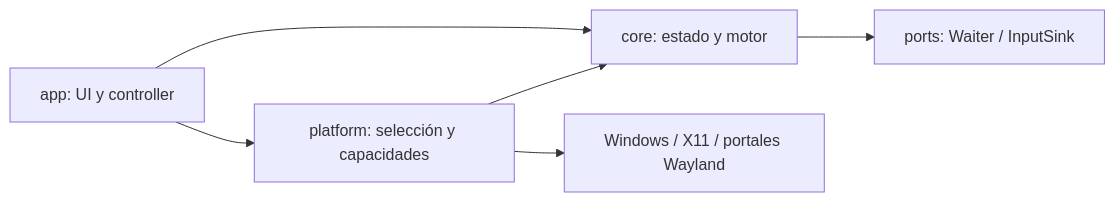
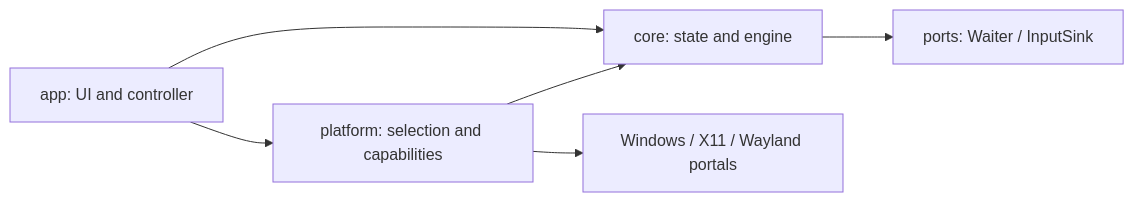
Before and after one commit to bensalcos/nanoclicker: the diagram in docs/architecture/RUST.md, drawn with Mermaid. The commit also changed other lines of this file and 4 other files, not shown here.

````diff
--- a/docs/architecture/RUST.md
+++ b/docs/architecture/RUST.md
@@ -34,8 +34,8 @@
 ```mermaid
 flowchart LR
-    UI[app: UI y controller] --> Core[core: estado y motor]
-    UI --> Platform[platform: selección y capacidades]
+    UI[app: UI and controller] --> Core[core: state and engine]
+    UI --> Platform[platform: selection and capabilities]
     Platform --> Core
     Core --> Ports[ports: Waiter / InputSink]
-    Platform --> OS[Windows / X11 / portales Wayland]
+    Platform --> OS[Windows / X11 / Wayland portals]
 ```
````
